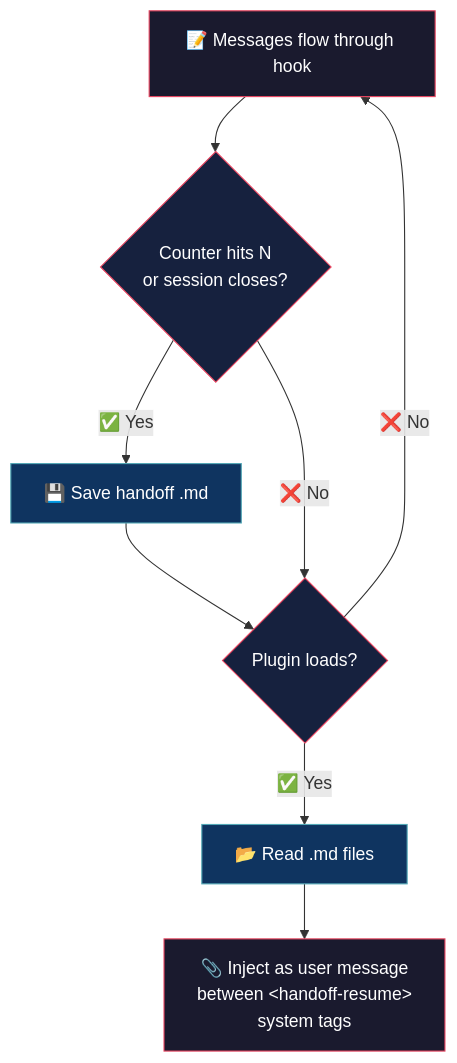
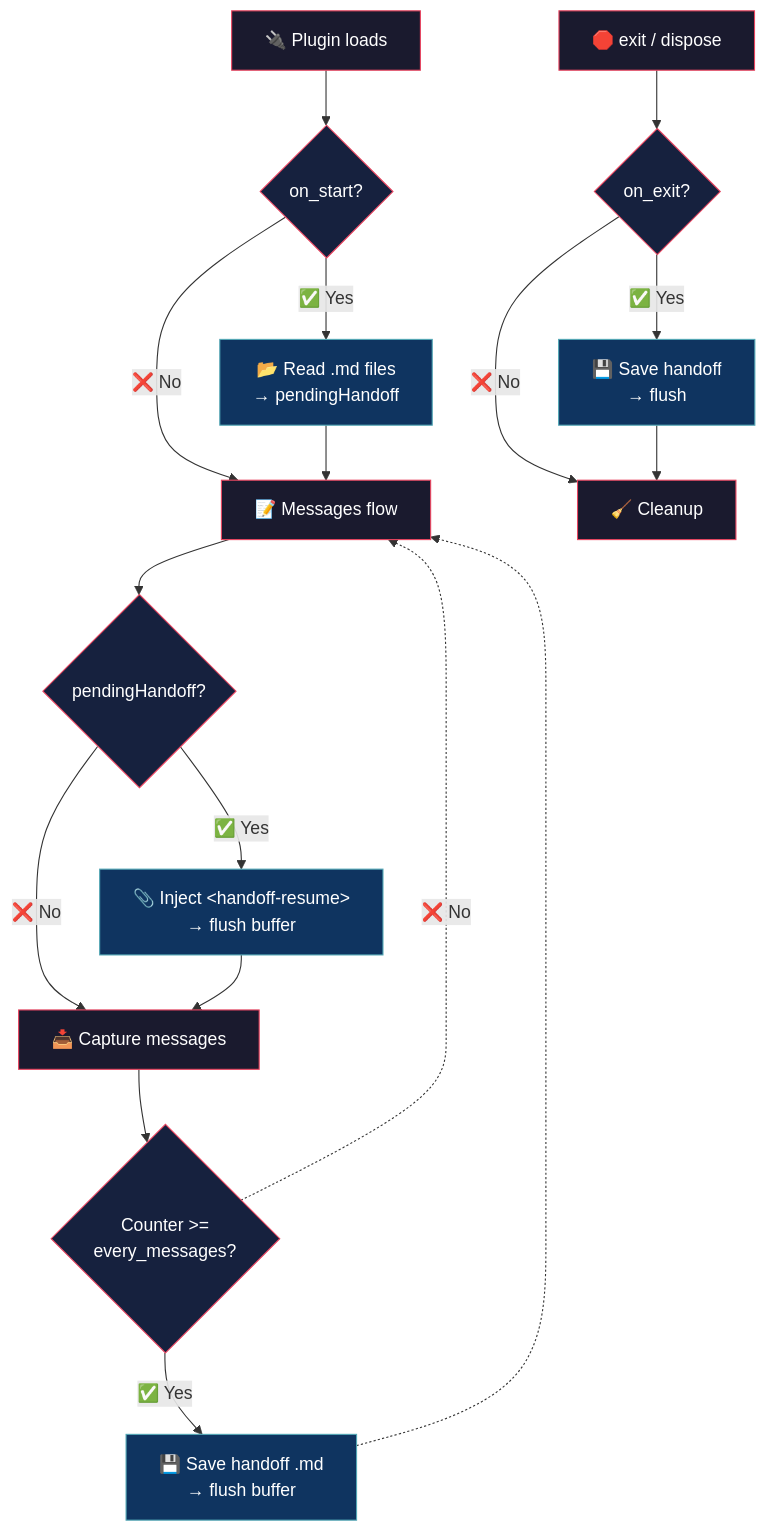
One commit to alejo54dev/opencode-auto-handoff changed the diagram in README.md. Above: the diagram before and after it, drawn with Mermaid.

Commit message:
README: fix flowchart to match actual source flow (startup→runtime→shutdown, dotted loop arrows)

````diff
--- a/README.md
+++ b/README.md
@@ -34,17 +34,38 @@
 ```mermaid
 flowchart TD
-    A["📝 Messages flow through hook"] --> B{"Counter hits N<br/>or session closes?"}
-    B -->|"✅ Yes"| C["💾 Save handoff .md"]
+    A["🔌 Plugin loads"]
+    A --> B{"on_start?"}
+    B -->|"✅ Yes"| C["📂 Read .md files<br/>→ pendingHandoff"]
+    B -->|"❌ No"| D["📝 Messages flow"]
     C --> D
-    B -->|"❌ No"| D{"Plugin loads?"}
-    D -->|"✅ Yes"| E["📂 Read .md files"]
-    E --> F["📎 Inject as user message<br/>between &lt;handoff-resume&gt;<br/>system tags"]
-    D -->|"❌ No"| A
+
+    D --> E{"pendingHandoff?"}
+    E -->|"✅ Yes"| F["📎 Inject &lt;handoff-resume&gt;<br/>→ flush buffer"]
+    E -->|"❌ No"| G["📥 Capture messages"]
+    F --> G
+
+    G --> H{"Counter >=<br/>every_messages?"}
+    H -->|"✅ Yes"| I["💾 Save handoff .md<br/>→ flush buffer"]
+    H -.->|"❌ No"| D
+    I -.-> D
+
+    J["🛑 exit / dispose"]
+    J --> K{"on_exit?"}
+    K -->|"✅ Yes"| L["💾 Save handoff<br/>→ flush"]
+    K -->|"❌ No"| M["🧹 Cleanup"]
+    L --> M
 
     style A fill:#1a1a2e,stroke:#e94560,color:#fff
     style B fill:#16213e,stroke:#e94560,color:#fff
     style C fill:#0f3460,stroke:#53a8b6,color:#fff
-    style D fill:#16213e,stroke:#e94560,color:#fff
-    style E fill:#0f3460,stroke:#53a8b6,color:#fff
-    style F fill:#1a1a2e,stroke:#e94560,color:#fff
+    style D fill:#1a1a2e,stroke:#e94560,color:#fff
+    style E fill:#16213e,stroke:#e94560,color:#fff
+    style F fill:#0f3460,stroke:#53a8b6,color:#fff
+    style G fill:#1a1a2e,stroke:#e94560,color:#fff
+    style H fill:#16213e,stroke:#e94560,color:#fff
+    style I fill:#0f3460,stroke:#53a8b6,color:#fff
+    style J fill:#1a1a2e,stroke:#e94560,color:#fff
+    style K fill:#16213e,stroke:#e94560,color:#fff
+    style L fill:#0f3460,stroke:#53a8b6,color:#fff
+    style M fill:#1a1a2e,stroke:#e94560,color:#fff
 ```
````
